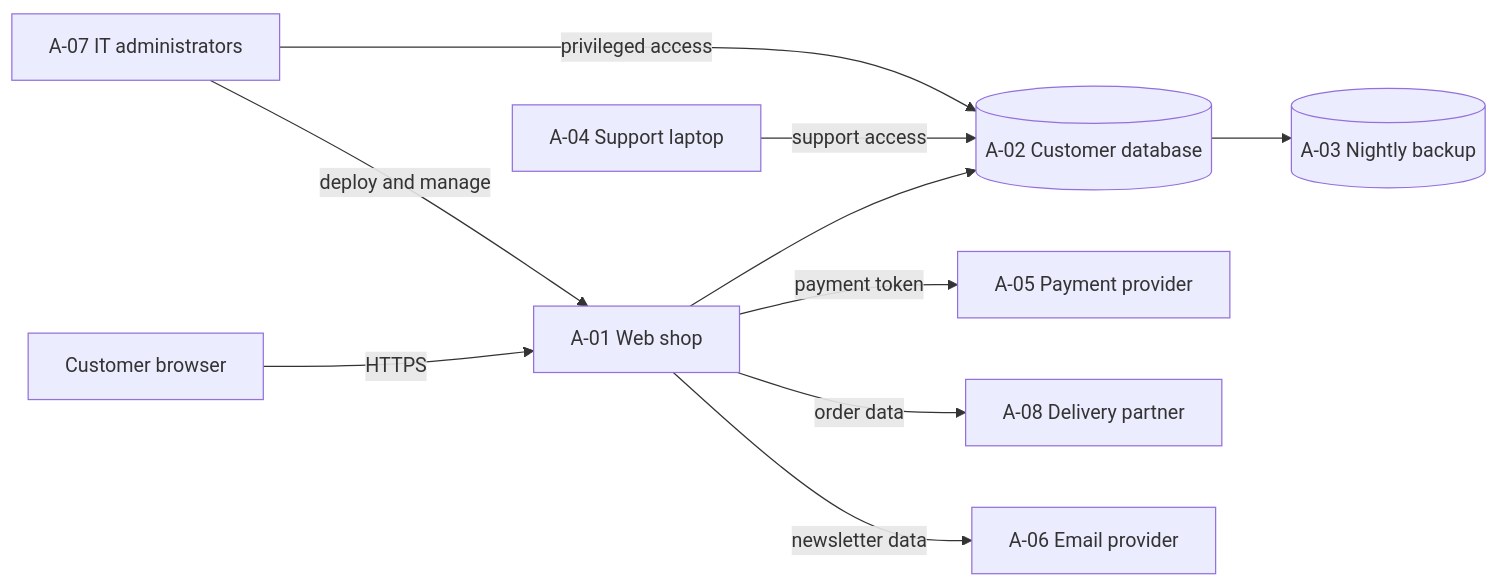
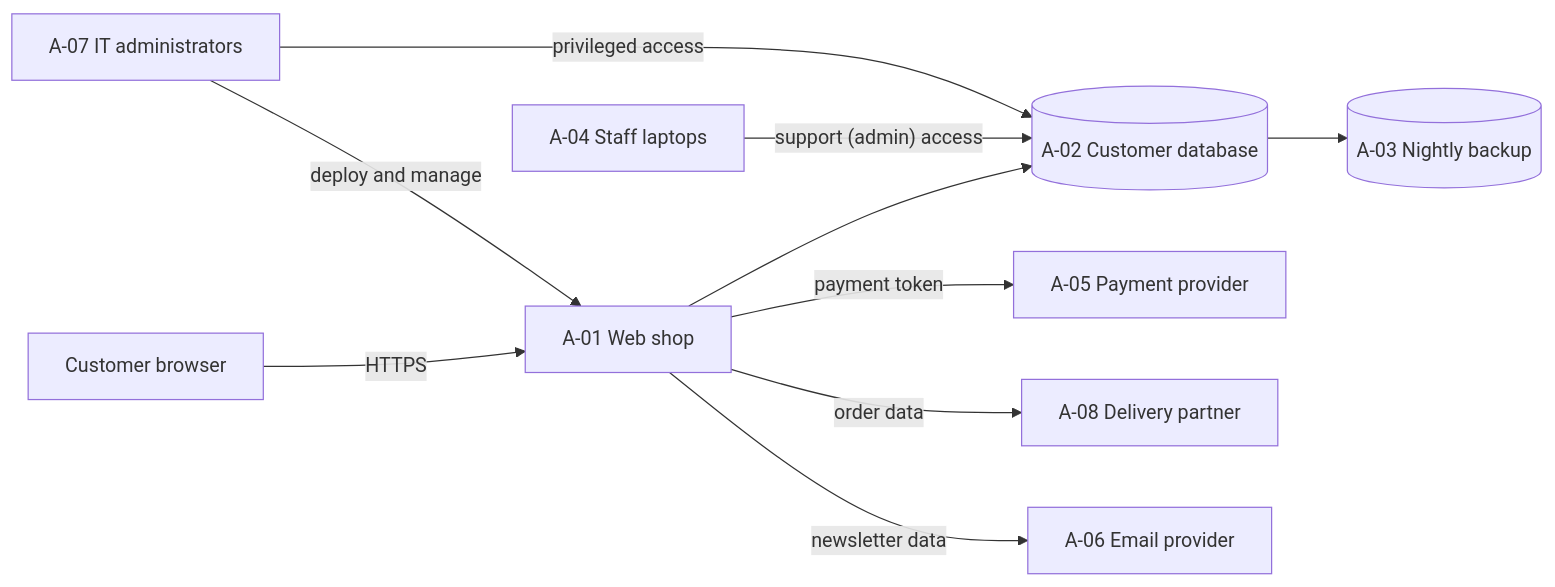
The diagram in 00-scope-and-setup/data-flow.mmd (CirasBharadwaz/threat-mgmt-project), drawn with Mermaid before and after one commit. The commit also changed 8 other files, not shown here.

```diff
--- a/00-scope-and-setup/data-flow.mmd
+++ b/00-scope-and-setup/data-flow.mmd
@@ -1,10 +1,10 @@
 flowchart LR
     C[Customer browser] -->|HTTPS| W[A-01 Web shop]
     W --> D[(A-02 Customer database)]
     D --> B[(A-03 Nightly backup)]
     W -->|payment token| P[A-05 Payment provider]
     W -->|order data| L[A-08 Delivery partner]
     W -->|newsletter data| M[A-06 Email provider]
-    S[A-04 Support laptop] -->|support access| D
+    S[A-04 Staff laptops] -->|"support (admin) access"| D
     ADM[A-07 IT administrators] -->|privileged access| D
     ADM -->|deploy and manage| W
```
